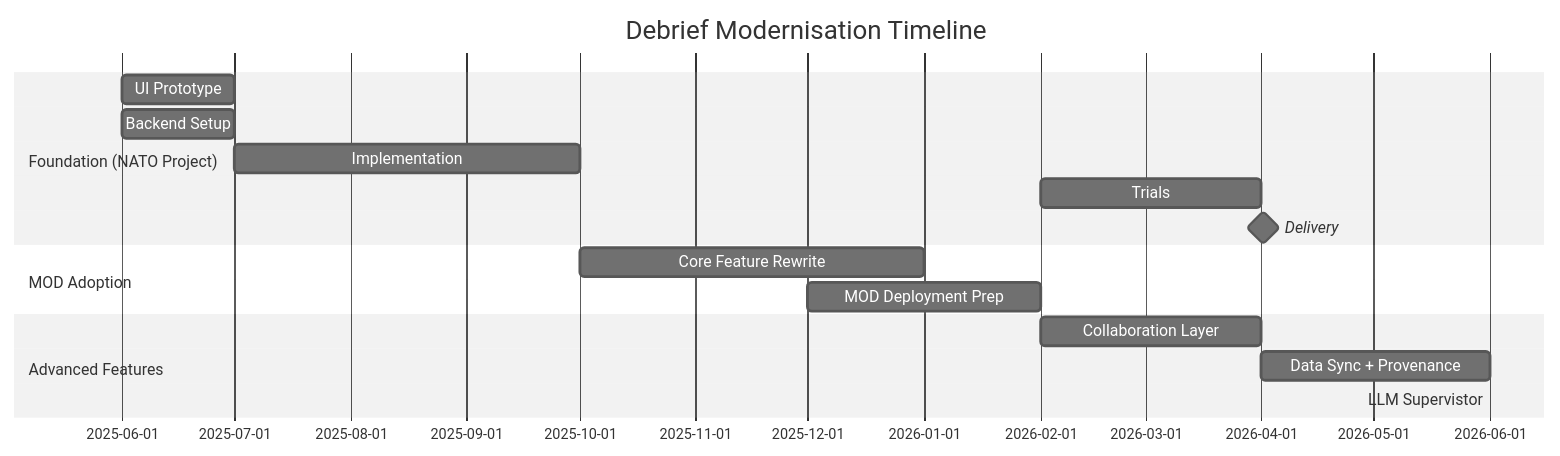
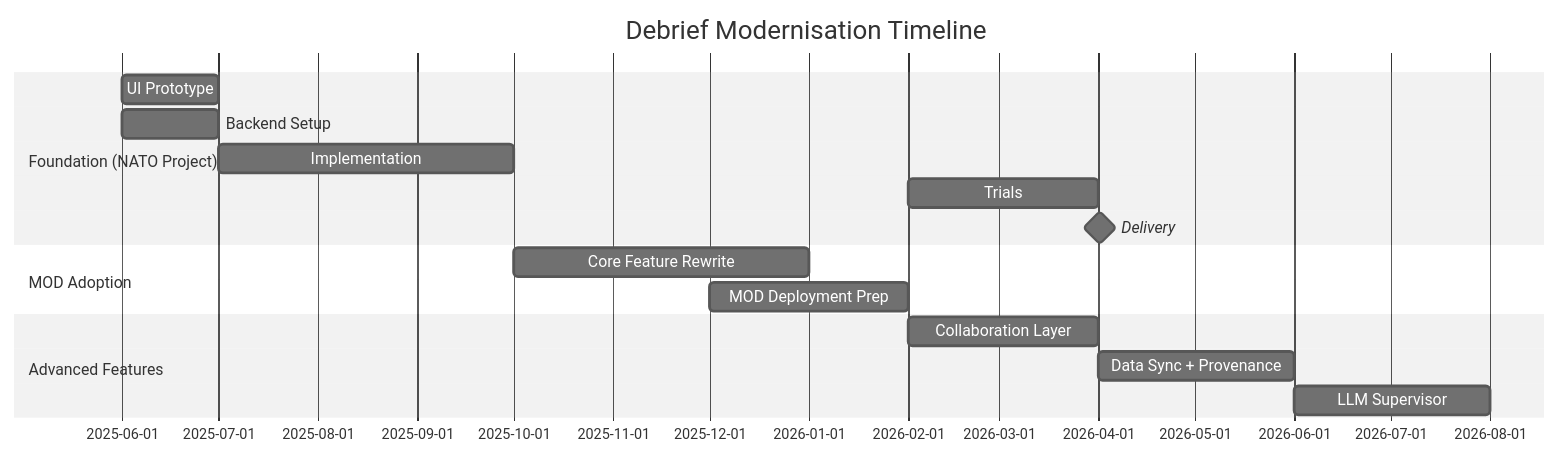
Before and after one commit to debrief/debrief.github.io: the diagram in future/value-proposition.md, drawn with Mermaid (neutral theme).

````diff
--- a/future/value-proposition.md
+++ b/future/value-proposition.md
@@ -61,18 +61,18 @@
 ``` mermaid
 gantt
   title Debrief Modernisation Timeline
   dateFormat  YYYY-MM
   section Foundation (NATO Project)
   UI Prototype        :    des1, 2025-06, 1M
   Backend Setup       :    des2, 2025-06, 1M
   Implementation       :    des3, 2025-07, 3M
   Trials       :    des4, 2026-02, 2M
   Delivery: milestone, m1, 2026-04, 1d
   section MOD Adoption
   Core Feature Rewrite:  feat1, 2025-10, 3M
   MOD Deployment Prep :         feat2, 2025-12, 2M
   section Advanced Features
   Collaboration Layer :         adv1,  2026-02, 2M
   Data Sync + Provenance:       adv2,  2026-04, 2M
-  LLM Supervistor: llm1. 2026-06. 2M
+  LLM Supervisor: llm1, 2026-06, 2M
 ```
````
